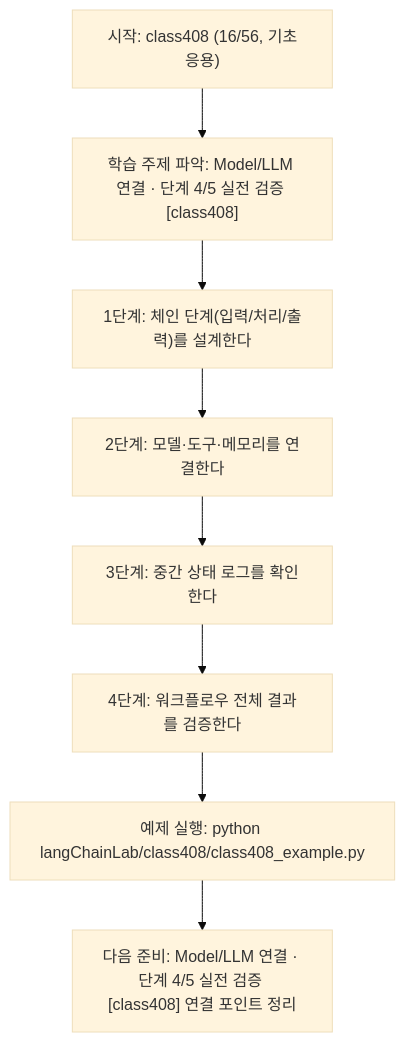
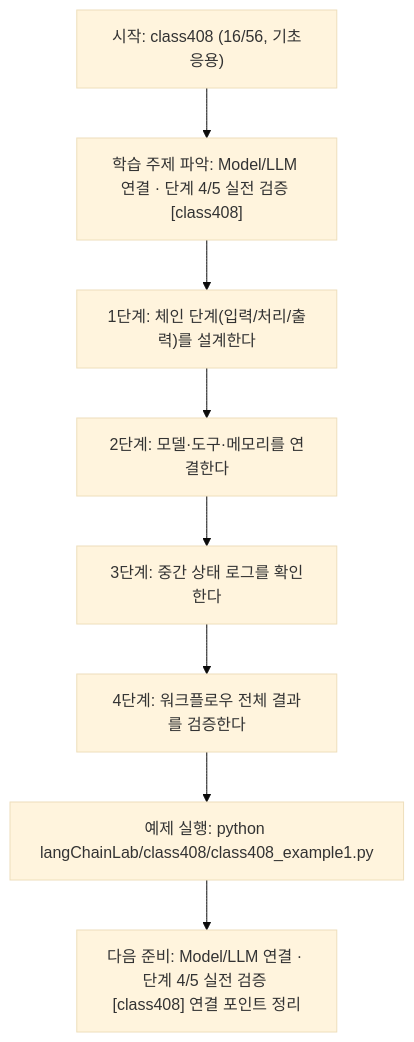
Before and after one commit to edumgt/Python-AI_Agent-Class: the diagram in langChainLab/class408/class408.md, drawn with Mermaid (base theme). The commit also changed other lines of this file and 2959 other files, not shown here.

````diff
--- a/langChainLab/class408/class408.md
+++ b/langChainLab/class408/class408.md
@@ -110,18 +110,18 @@
 ```mermaid
 flowchart TD
 N1["시작: class408 (16/56, 기초응용)"]
 N2["학습 주제 파악: Model/LLM 연결 · 단계 4/5 실전 검증 [class408]"]
 N3["1단계: 체인 단계(입력/처리/출력)를 설계한다"]
 N4["2단계: 모델·도구·메모리를 연결한다"]
 N5["3단계: 중간 상태 로그를 확인한다"]
 N6["4단계: 워크플로우 전체 결과를 검증한다"]
-N7["예제 실행: python langChainLab/class408/class408_example.py"]
+N7["예제 실행: python langChainLab/class408/class408_example1.py"]
 N8["다음 준비: Model/LLM 연결 · 단계 4/5 실전 검증 [class408] 연결 포인트 정리"]
 N1 --> N2
 N2 --> N3
 N3 --> N4
 N4 --> N5
 N5 --> N6
 N6 --> N7
 N7 --> N8
 ```
````
